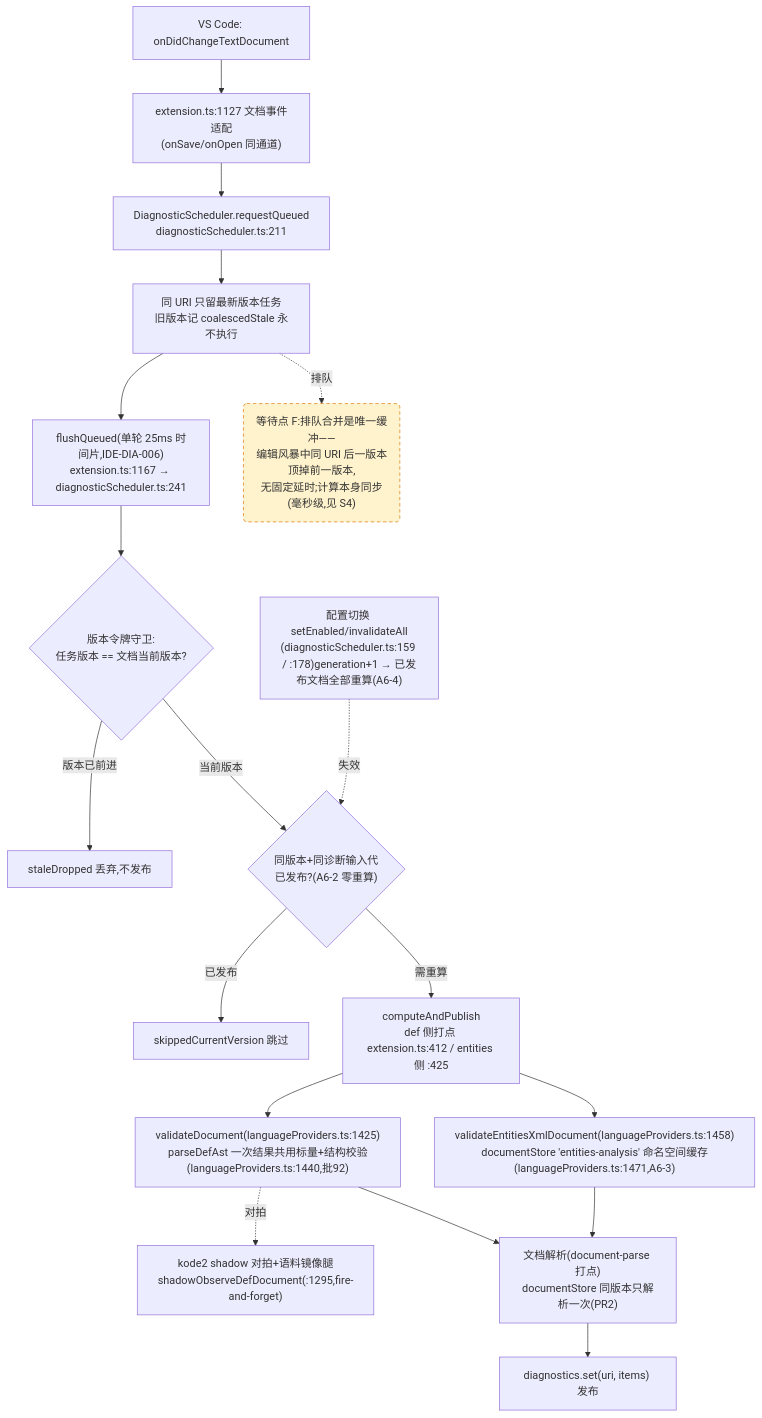
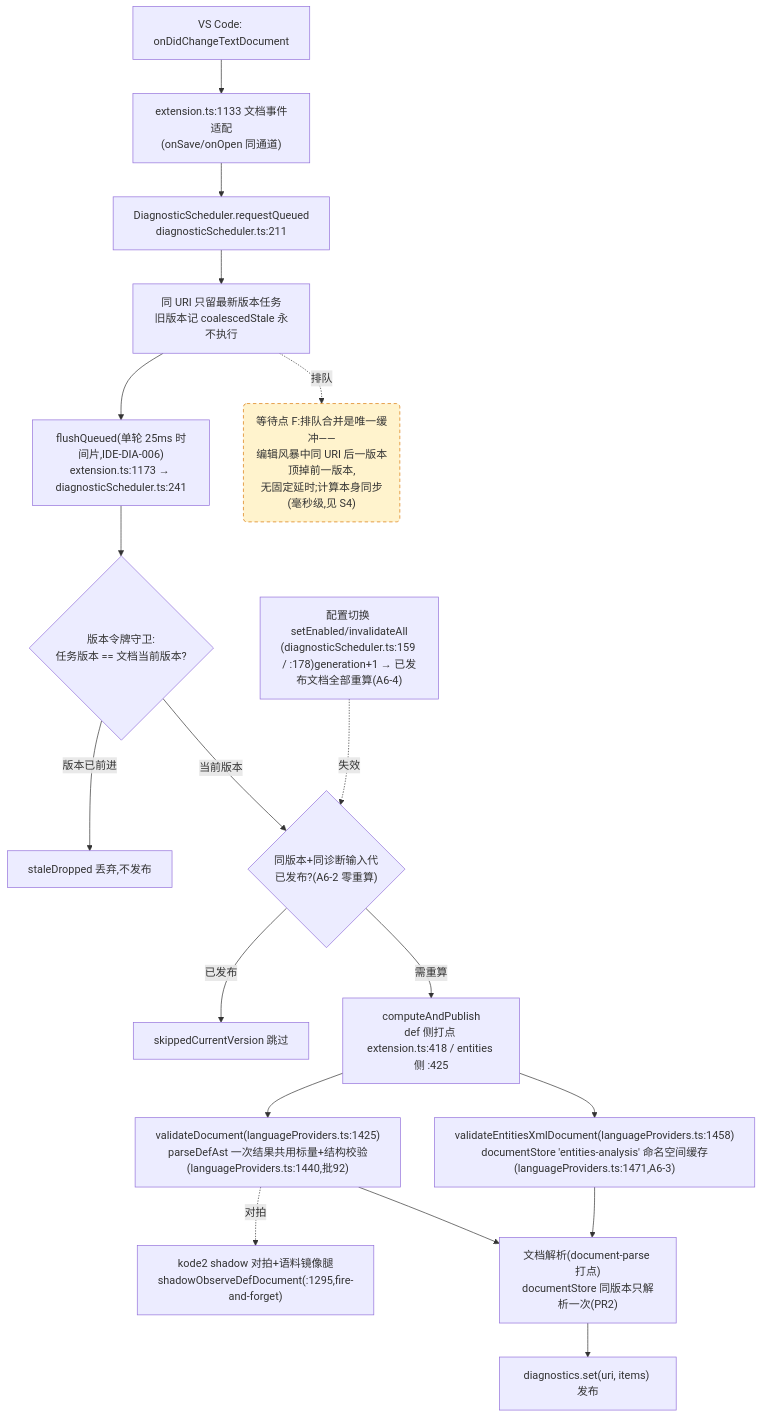
One commit to cuihairu/kode changed the fourth of 4 diagrams in docs/perf/2026-baseline.md. Above: the diagram before and after it, drawn with Mermaid. The commit also changed other lines of this file and 11 other files, not shown here.

````diff
--- a/docs/perf/2026-baseline.md
+++ b/docs/perf/2026-baseline.md
@@ -214,38 +214,38 @@
 ```mermaid
 flowchart TD
   CHG["VS Code: onDidChangeTextDocument"]
-  WATCH["extension.ts:1127 文档事件适配<br/>(onSave/onOpen 同通道)"]
+  WATCH["extension.ts:1133 文档事件适配<br/>(onSave/onOpen 同通道)"]
   RQ["DiagnosticScheduler.requestQueued<br/>diagnosticScheduler.ts:211"]
   CO["同 URI 只留最新版本任务<br/>旧版本记 coalescedStale 永不执行"]
-  FL["flushQueued(单轮 25ms 时间片,IDE-DIA-006)<br/>extension.ts:1167 → diagnosticScheduler.ts:241"]
+  FL["flushQueued(单轮 25ms 时间片,IDE-DIA-006)<br/>extension.ts:1173 → diagnosticScheduler.ts:241"]
   VG{"版本令牌守卫:<br/>任务版本 == 文档当前版本?"}
   DROP["staleDropped 丢弃,不发布"]
   GEN{"同版本+同诊断输入代<br/>已发布?(A6-2 零重算)"}
   SKIP["skippedCurrentVersion 跳过"]
-  CALC["computeAndPublish<br/>def 侧打点 extension.ts:412 / entities 侧 :425"]
+  CALC["computeAndPublish<br/>def 侧打点 extension.ts:418 / entities 侧 :425"]
   VD["validateDocument(languageProviders.ts:1425)<br/>parseDefAst 一次结果共用标量+结构校验(languageProviders.ts:1440,批92)"]
   VEX["validateEntitiesXmlDocument(languageProviders.ts:1458)<br/>documentStore 'entities-analysis' 命名空间缓存(languageProviders.ts:1471,A6-3)"]
   SHDD["kode2 shadow 对拍+语料镜像腿<br/>shadowObserveDefDocument(:1295,fire-and-forget)"]
   DS["文档解析(document-parse 打点)<br/>documentStore 同版本只解析一次(PR2)"]
   PUB["diagnostics.set(uri, items) 发布"]
   CFG2["配置切换 setEnabled/invalidateAll<br/>(diagnosticScheduler.ts:159 / :178)generation+1 → 已发布文档全部重算(A6-4)"]
 
   CHG --> WATCH --> RQ --> CO --> FL --> VG
   VG -- "版本已前进" --> DROP
   VG -- "当前版本" --> GEN
   GEN -- "已发布" --> SKIP
   GEN -- "需重算" --> CALC
   CALC --> VD
   CALC --> VEX
   VD --> DS
   VEX --> DS
   DS --> PUB
   VD -.->|对拍| SHDD
   CFG2 -.->|失效| GEN
 
   WAITF("等待点 F:排队合并是唯一缓冲——<br/>编辑风暴中同 URI 后一版本顶掉前一版本,<br/>无固定延时;计算本身同步(毫秒级,见 S4)")
   CO -.->|排队| WAITF
 
   classDef waitPoint fill:#fff3cd,stroke:#d97706,stroke-dasharray:5 4;
   class WAITF waitPoint;
 ```
````
